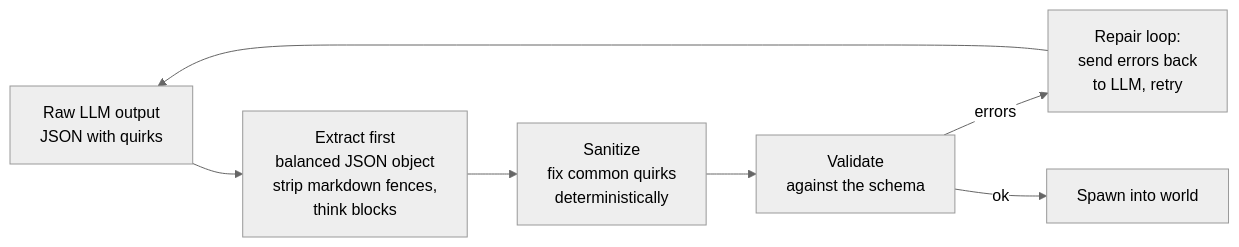
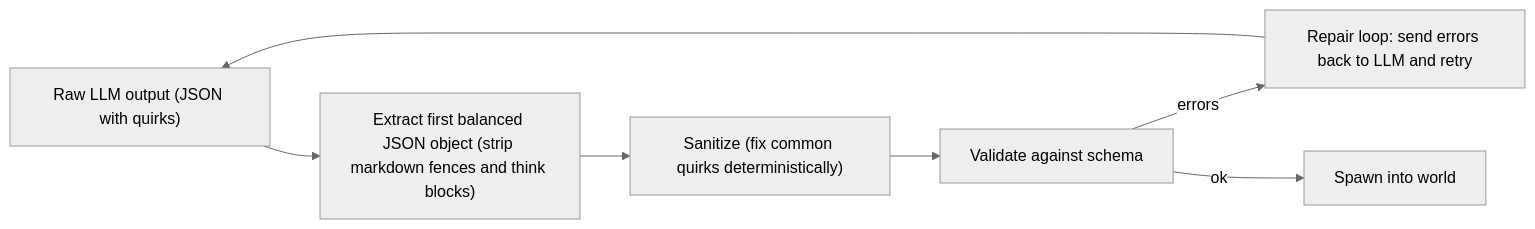
The ninth of 14 diagrams in README.md (wachi35676/Agentic-Quest-Generator), drawn with Mermaid (neutral theme) before and after one commit. The commit also changed other lines of this file, not shown here.

````diff
--- a/README.md
+++ b/README.md
@@ -294,9 +437,9 @@
 ```mermaid
 flowchart LR
-    A[Raw LLM output<br/>JSON with quirks] --> B[Extract first<br/>balanced JSON object<br/>strip markdown fences,<br/>think blocks]
-    B --> C[Sanitize<br/>fix common quirks<br/>deterministically]
-    C --> D[Validate<br/>against the schema]
-    D -->|errors| E[Repair loop:<br/>send errors back<br/>to LLM, retry]
-    D -->|ok| F[Spawn into world]
+    A["Raw LLM output (JSON with quirks)"] --> B["Extract first balanced JSON object (strip markdown fences and think blocks)"]
+    B --> C["Sanitize (fix common quirks deterministically)"]
+    C --> D["Validate against schema"]
+    D -->|"errors"| E["Repair loop: send errors back to LLM and retry"]
+    D -->|"ok"| F["Spawn into world"]
     E --> A
 ```
````
